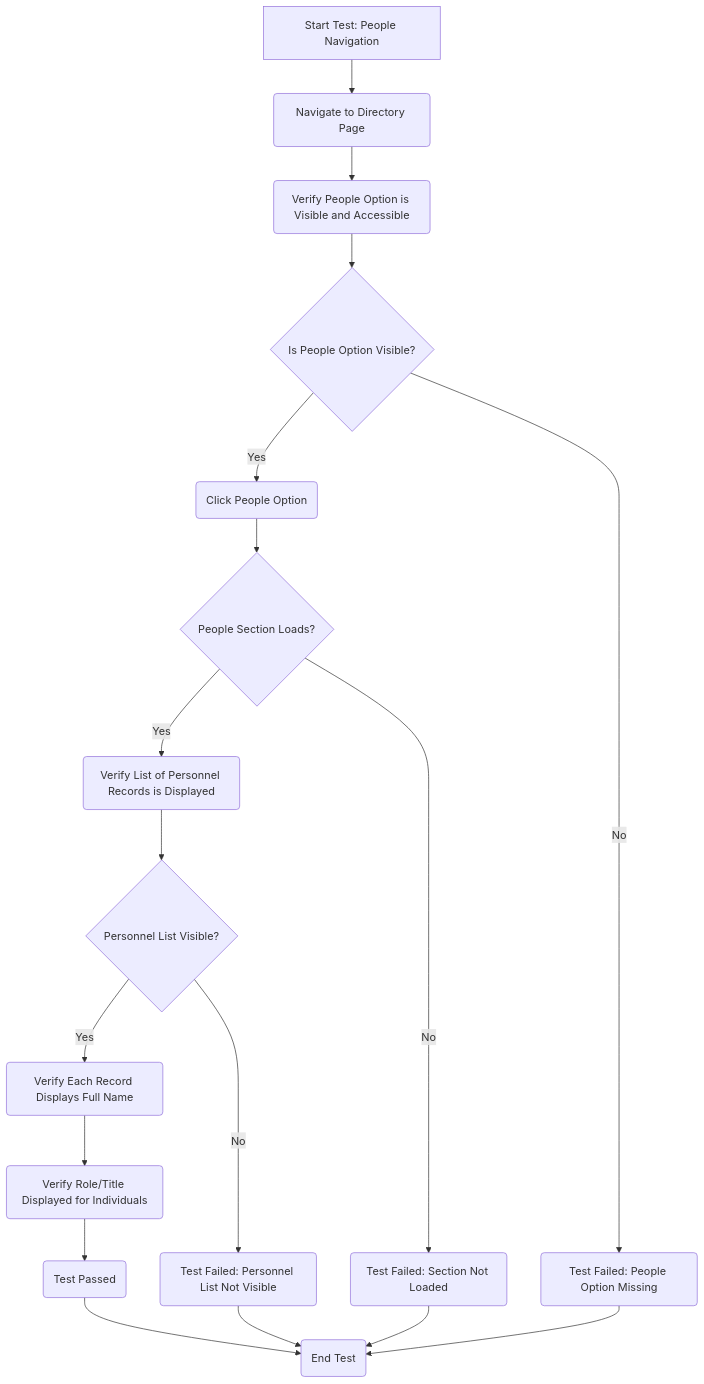
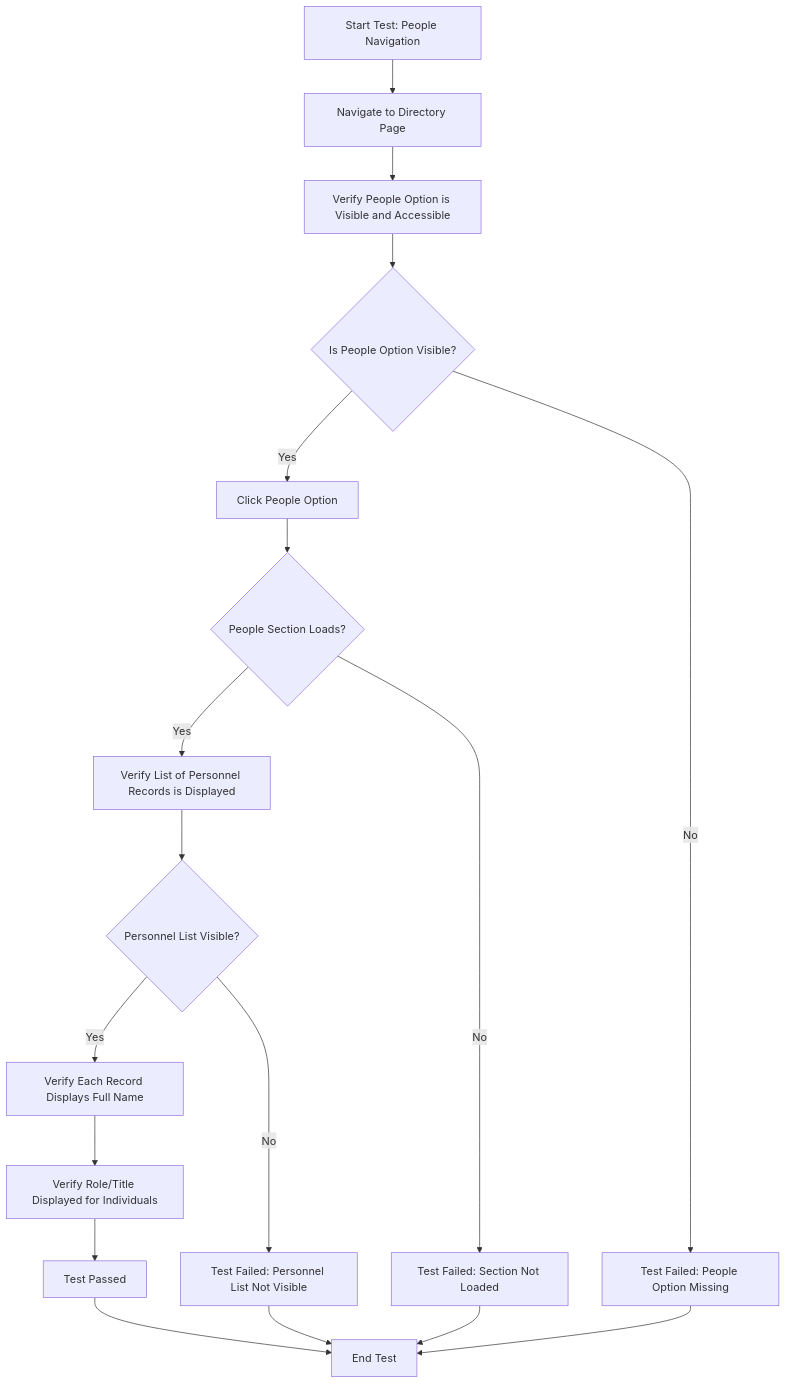
The fourth of 7 diagrams in README.md (mandypepe/sdd_selenium), drawn with Mermaid before and after one commit. The commit also changed other lines of this file and 36 other files, not shown here.

First line of the commit message:
Feature/qa tc008 test directory alphabetical index (#7)

````diff
--- a/README.md
+++ b/README.md
@@ -168,20 +184,20 @@
 ```mermaid
-graph TD
-    A[Start Test: People Navigation] --> B(Navigate to Directory Page);
-    B --> C(Verify People Option is Visible and Accessible);
-    C --> D{Is People Option Visible?};
-    D -- Yes --> E(Click People Option);
-    E --> F{People Section Loads?};
-    F -- Yes --> G(Verify List of Personnel Records is Displayed);
-    G --> H{Personnel List Visible?};
-    H -- Yes --> I(Verify Each Record Displays Full Name);
-    I --> J(Verify Role/Title Displayed for Individuals);
-    J --> K(Test Passed);
-    D -- No --> L(Test Failed: People Option Missing);
-    F -- No --> M(Test Failed: Section Not Loaded);
-    H -- No --> N(Test Failed: Personnel List Not Visible);
-    K --> O(End Test);
-    L --> O;
-    M --> O;
-    N --> O;
+flowchart TD
+    A[Start Test: People Navigation] --> B["Navigate to Directory Page"]
+    B --> C["Verify People Option is Visible and Accessible"]
+    C --> D{Is People Option Visible?}
+    D -- Yes --> E["Click People Option"]
+    E --> F{People Section Loads?}
+    F -- Yes --> G["Verify List of Personnel Records is Displayed"]
+    G --> H{Personnel List Visible?}
+    H -- Yes --> I["Verify Each Record Displays Full Name"]
+    I --> J["Verify Role/Title Displayed for Individuals"]
+    J --> K[Test Passed]
+    D -- No --> L[Test Failed: People Option Missing]
+    F -- No --> M[Test Failed: Section Not Loaded]
+    H -- No --> N[Test Failed: Personnel List Not Visible]
+    K --> O[End Test]
+    L --> O
+    M --> O
+    N --> O
 ```
````
